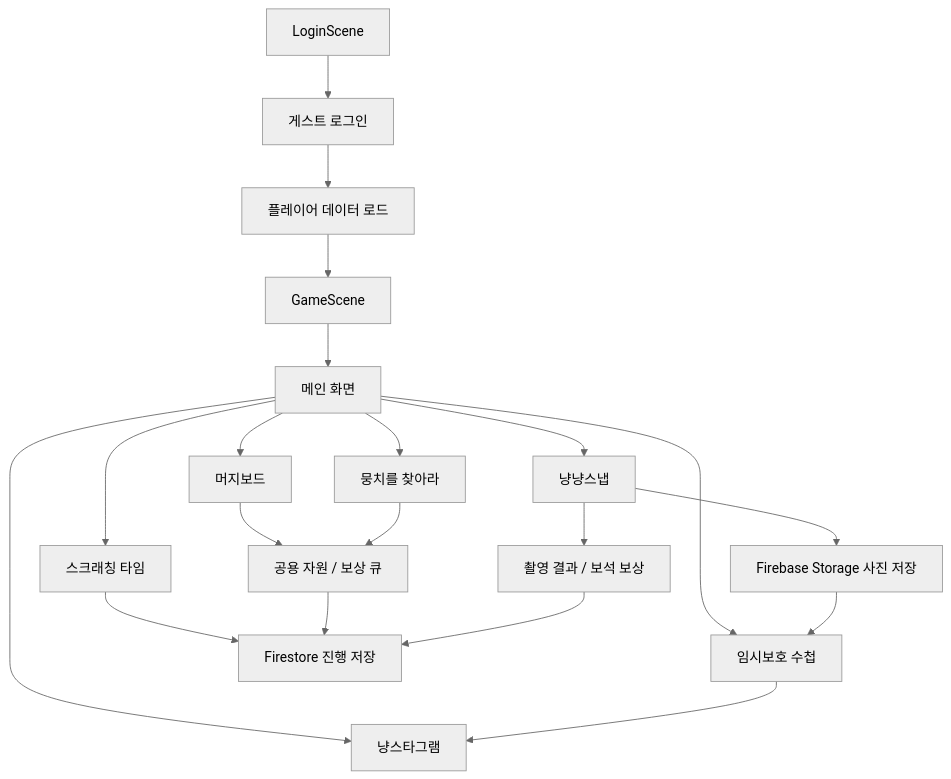
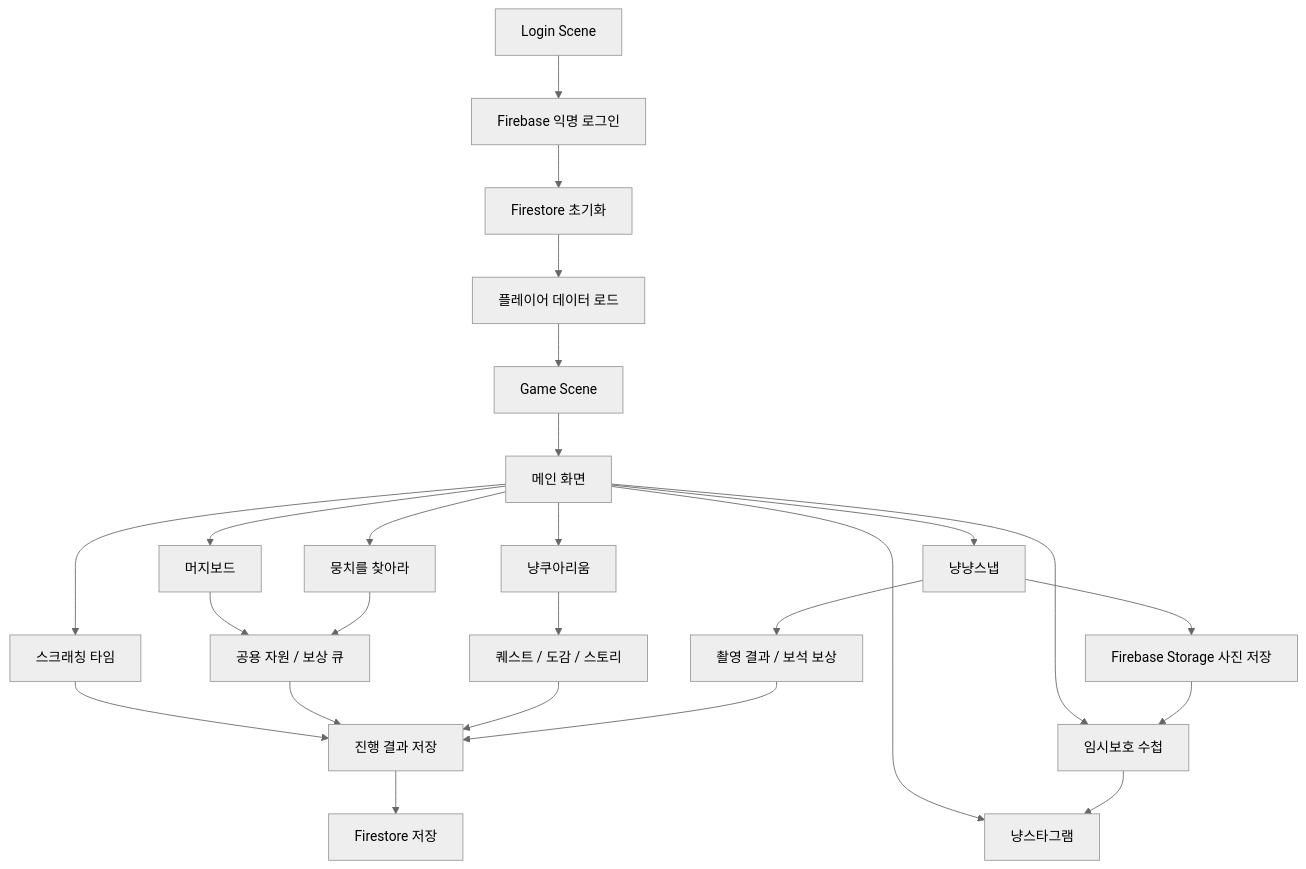
One commit to Kyungil-smart/2Team_NyangNyangStar changed the first of 3 diagrams in README.md. Above: the diagram before and after it, drawn with Mermaid (neutral theme). The commit also changed other lines of this file, not shown here.

````diff
--- a/README.md
+++ b/README.md
@@ -161,22 +257,27 @@
 ```mermaid
 flowchart TD
-    A[LoginScene] --> B[게스트 로그인]
-    B --> C[플레이어 데이터 로드]
-    C --> D[GameScene]
-    D --> E[메인 화면]
-    E --> F[머지보드]
-    E --> G[냥냥스냅]
-    E --> H[스크래칭 타임]
-    E --> I[뭉치를 찾아라]
-    E --> J[임시보호 수첩]
-    E --> K[냥스타그램]
-    F --> L[공용 자원 / 보상 큐]
-    G --> M[촬영 결과 / 보석 보상]
-    G --> N[Firebase Storage 사진 저장]
-    N --> J
-    J --> K
-    I --> L
-    H --> O[Firestore 진행 저장]
-    L --> O
-    M --> O
+    A[Login Scene] --> B[Firebase 익명 로그인]
+    B --> C[Firestore 초기화]
+    C --> D[플레이어 데이터 로드]
+    D --> E[Game Scene]
+    E --> F[메인 화면]
+    F --> G[머지보드]
+    F --> H[냥쿠아리움]
+    F --> I[냥냥스냅]
+    F --> J[스크래칭 타임]
+    F --> K[뭉치를 찾아라]
+    F --> L[임시보호 수첩]
+    F --> M[냥스타그램]
+    G --> N[공용 자원 / 보상 큐]
+    H --> O[퀘스트 / 도감 / 스토리]
+    I --> P[촬영 결과 / 보석 보상]
+    I --> Q[Firebase Storage 사진 저장]
+    Q --> L
+    L --> M
+    K --> N
+    J --> R[진행 결과 저장]
+    N --> R
+    O --> R
+    P --> R
+    R --> S[Firestore 저장]
 ```
````
